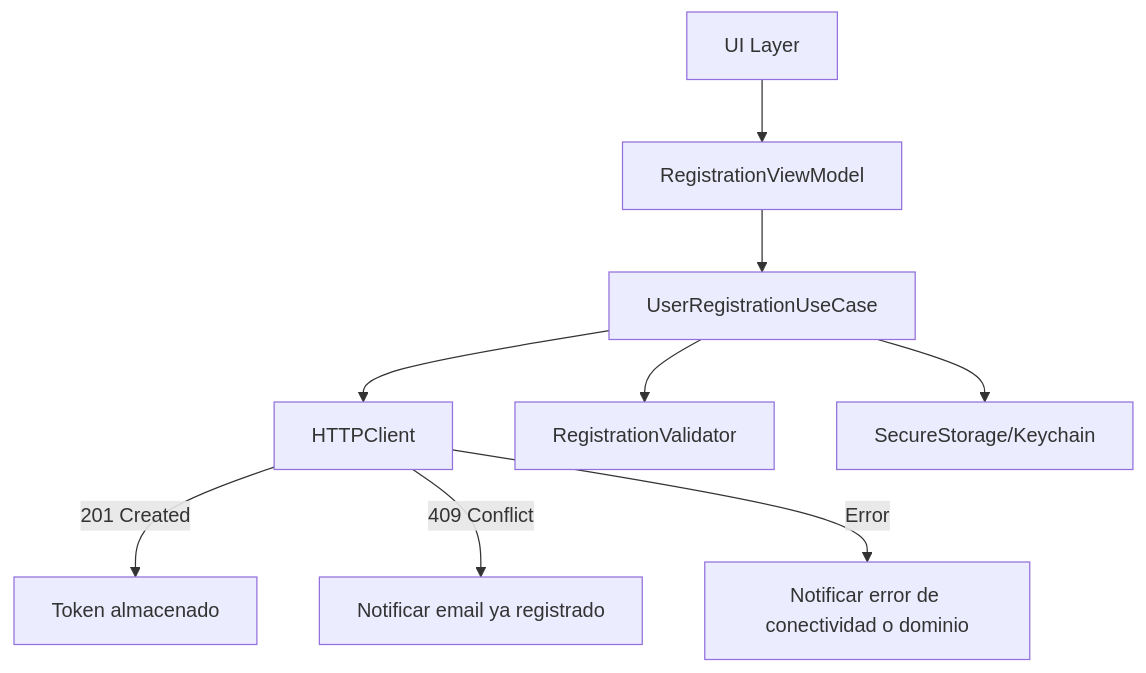
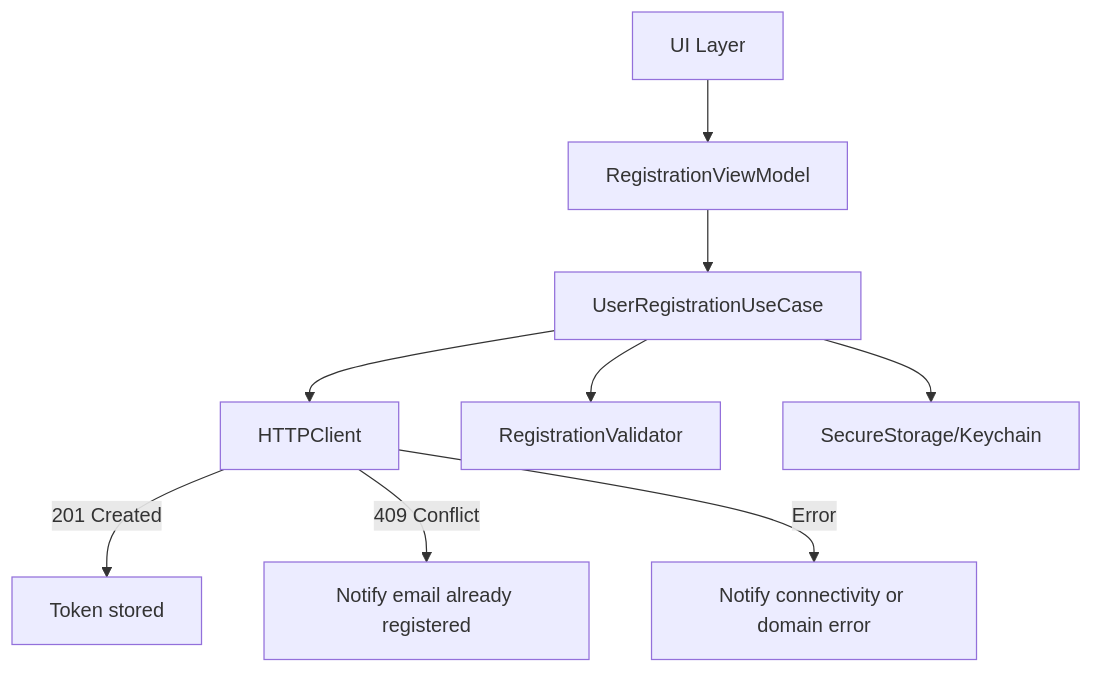
One commit to SwiftEnProfundidad/essential-feed-case-Auth changed the second of 11 diagrams in docs/BDD-Security-Features.md. Above: the diagram before and after it, drawn with Mermaid. The commit also changed other lines of this file, not shown here.

````diff
--- a/docs/BDD-Security-Features.md
+++ b/docs/BDD-Security-Features.md
@@ -201,11 +225,11 @@
 ```mermaid
 flowchart TD
     A[UI Layer] --> B[RegistrationViewModel]
     B --> C[UserRegistrationUseCase]
     C --> D[HTTPClient]
     C --> E[RegistrationValidator]
     C --> F[SecureStorage/Keychain]
-    D -- 201 Created --> G[Token almacenado]
-    D -- 409 Conflict --> H[Notificar email ya registrado]
-    D -- Error --> I[Notificar error de conectividad o dominio]
+    D -- 201 Created --> G[Token stored]
+    D -- 409 Conflict --> H[Notify email already registered]
+    D -- Error --> I[Notify connectivity or domain error]
 ```
````
